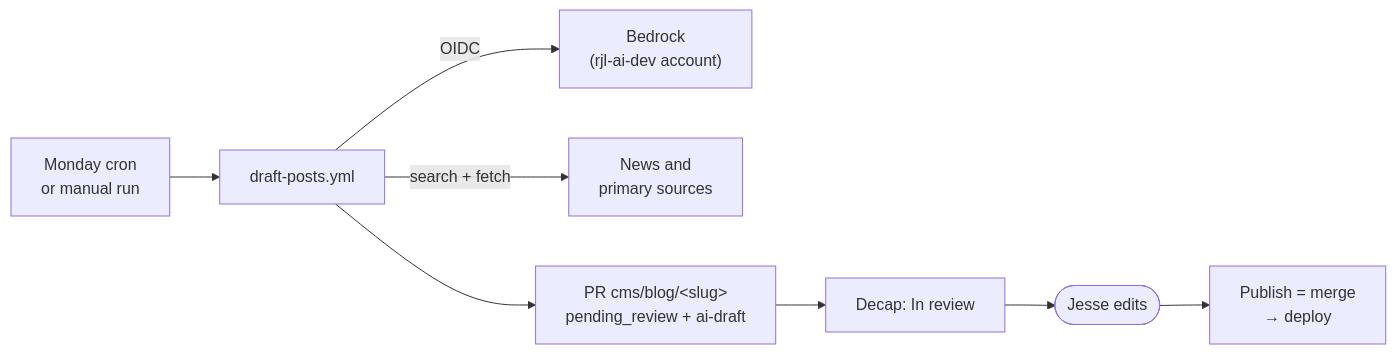
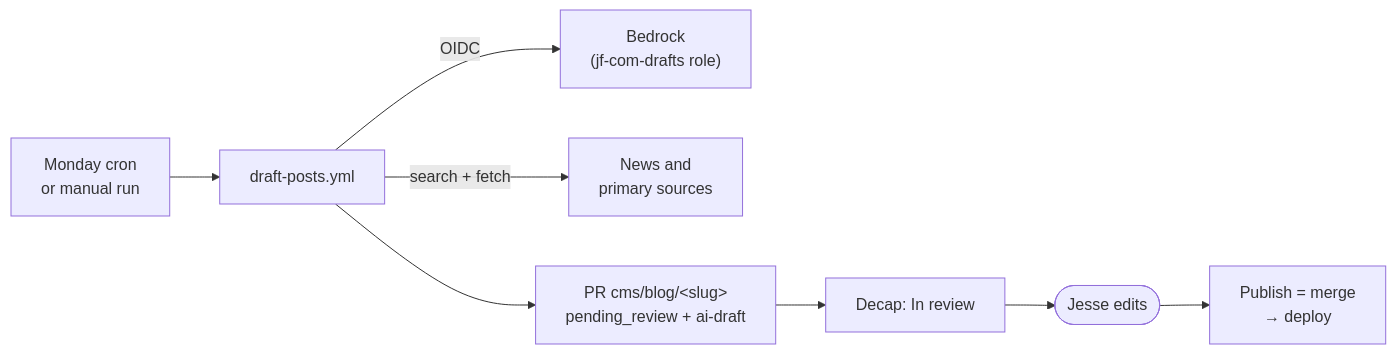
One commit to lenhofr/jf-com changed the third of 3 diagrams in README.md. Above: the diagram before and after it, drawn with Mermaid. The commit also changed other lines of this file and 12 other files, not shown here.

First line of the commit message:
Move the AI draft pipeline's Bedrock role to account 217354297026

````diff
--- a/README.md
+++ b/README.md
@@ -221,8 +221,8 @@
 ```mermaid
 flowchart LR
   cron["Monday cron<br/>or manual run"] --> wf["draft-posts.yml"]
-  wf -- OIDC --> br["Bedrock<br/>(rjl-ai-dev account)"]
+  wf -- OIDC --> br["Bedrock<br/>(jf-com-drafts role)"]
   wf -- "search + fetch" --> web["News and<br/>primary sources"]
   wf --> pr["PR cms/blog/&lt;slug&gt;<br/>pending_review + ai-draft"]
   pr --> decap["Decap: In review"] --> jesse(["Jesse edits"]) --> pub["Publish = merge<br/>→ deploy"]
 ```
````
